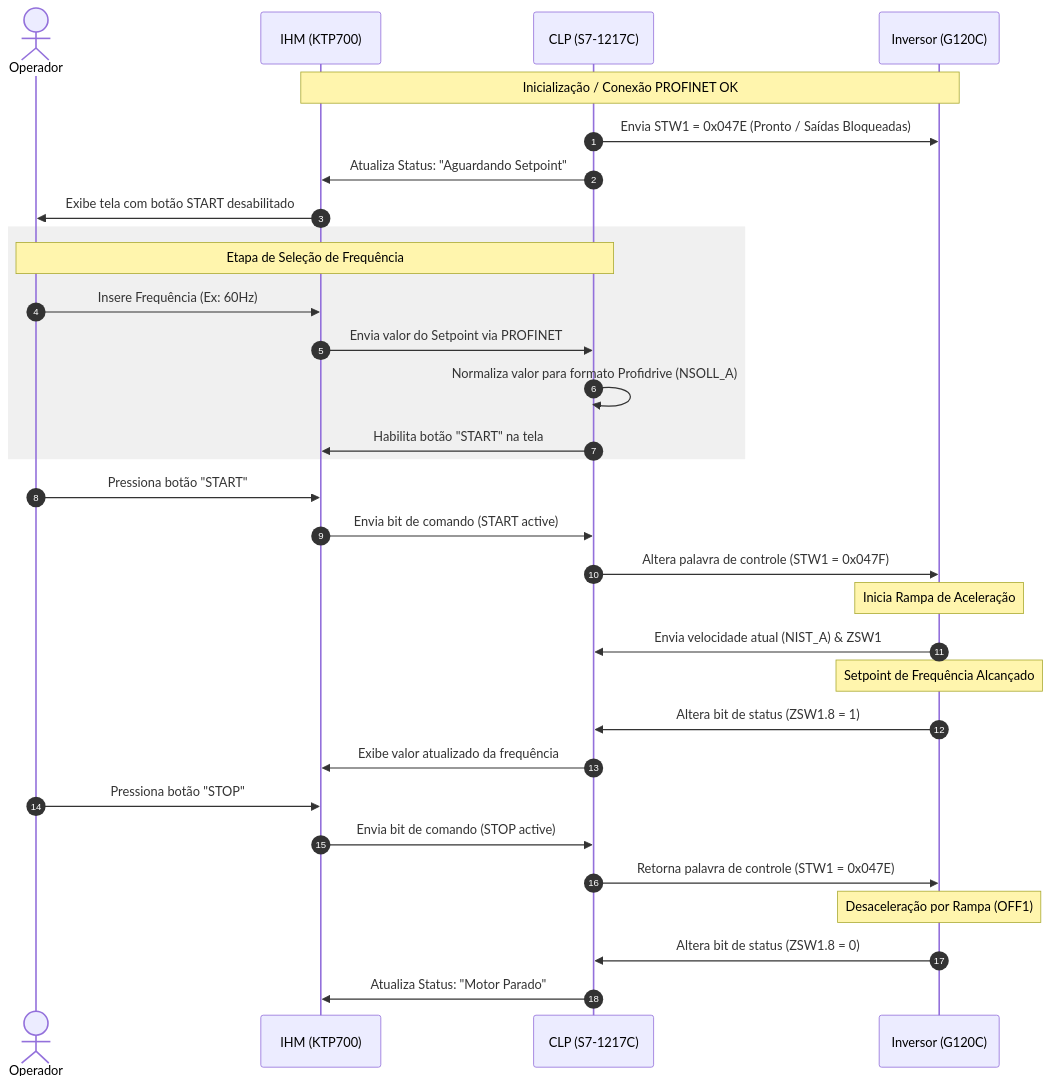
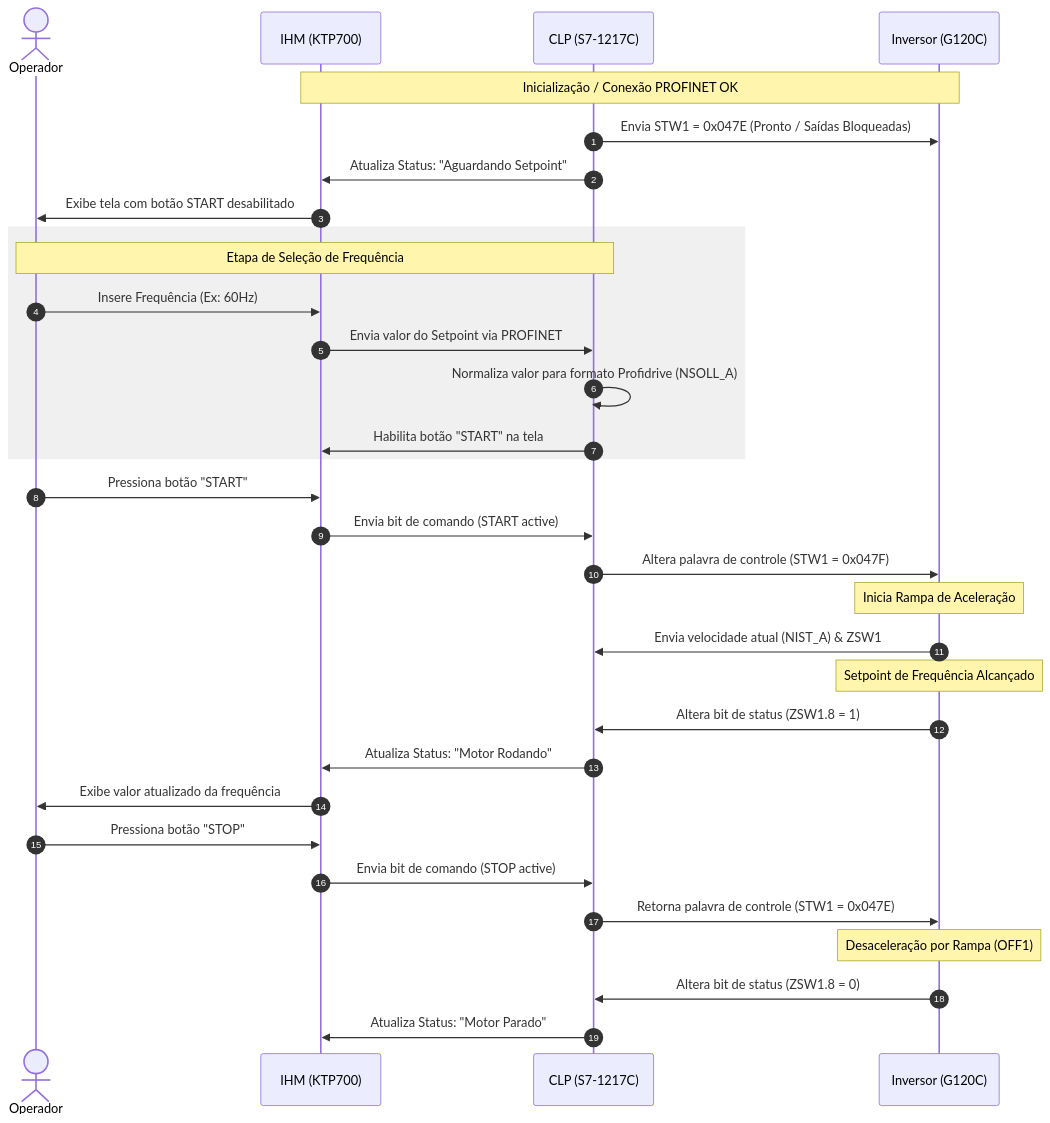
Before and after one commit to Scheeffer/Project_Nexus: the diagram in rede-profinet/README.md, drawn with Mermaid. The commit also changed other lines of this file, not shown here.

````diff
--- a/rede-profinet/README.md
+++ b/rede-profinet/README.md
@@ -109,43 +100,43 @@
 ```mermaid
 sequenceDiagram
     autonumber
     actor Operador
     participant IHM as IHM (KTP700)
     participant CLP as CLP (S7-1217C)
     participant G120 as Inversor (G120C)
 
     Note over IHM, G120: Inicialização / Conexão PROFINET OK
     CLP->>G120: Envia STW1 = 0x047E (Pronto / Saídas Bloqueadas)
     CLP->>IHM: Atualiza Status: "Aguardando Setpoint"
     IHM->>Operador: Exibe tela com botão START desabilitado
 
     %% Etapa de Seleção de Frequência
     rect rgb(240, 240, 240)
         Note over Operador, CLP: Etapa de Seleção de Frequência
         Operador->>IHM: Insere Frequência (Ex: 60Hz)
         IHM->>CLP: Envia valor do Setpoint via PROFINET
         CLP->>CLP: Normaliza valor para formato Profidrive (NSOLL_A)
         CLP->>IHM: Habilita botão "START" na tela
     end
 
     %% Partida do Motor
     Operador->>IHM: Pressiona botão "START"
     IHM->>CLP: Envia bit de comando (START active)
     CLP->>G120: Altera palavra de controle (STW1 = 0x047F)
     Note over G120: Inicia Rampa de Aceleração
     G120->>CLP: Envia velocidade atual (NIST_A) & ZSW1
     
     %% Frequência Alcançada
     Note over G120: Setpoint de Frequência Alcançado
     G120->>CLP: Altera bit de status (ZSW1.8 = 1)
-    CLP->>IHM: Exibe valor atualizado da frequência
- 
+    CLP->>IHM: Atualiza Status: "Motor Rodando"
+    IHM->>Operador: Exibe valor atualizado da frequência
 
     %% Parada do Motor
     Operador->>IHM: Pressiona botão "STOP"
     IHM->>CLP: Envia bit de comando (STOP active)
     CLP->>G120: Retorna palavra de controle (STW1 = 0x047E)
     Note over G120: Desaceleração por Rampa (OFF1)
     G120->>CLP: Altera bit de status (ZSW1.8 = 0)
     CLP->>IHM: Atualiza Status: "Motor Parado"
 ```
````
